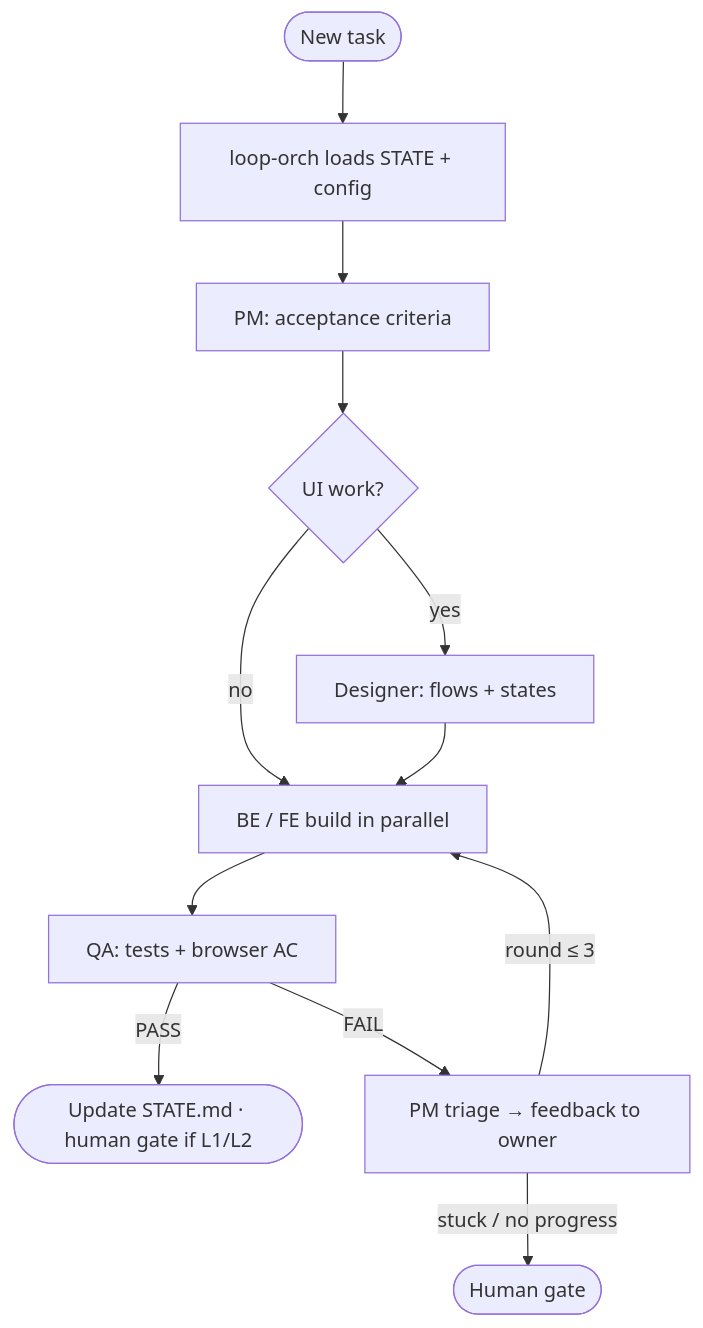
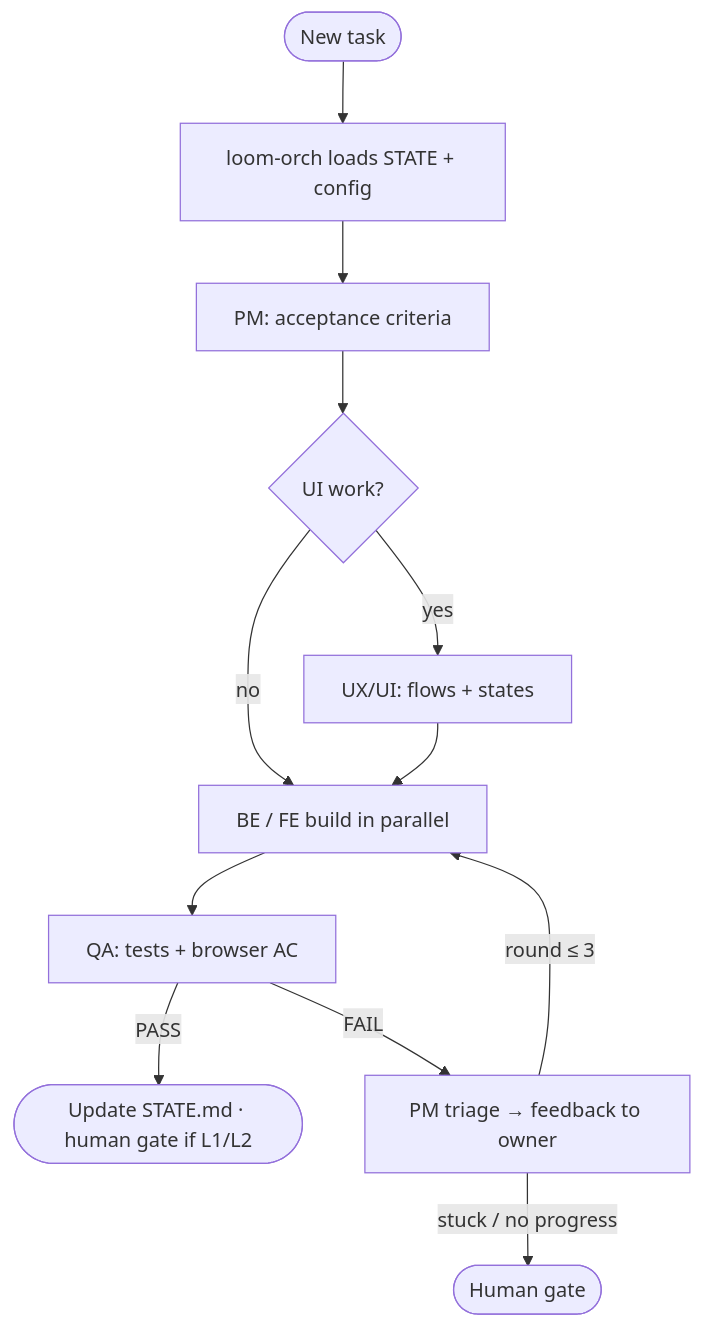
One commit to sukritnak/loom changed the second of 3 diagrams in README.md. Above: the diagram before and after it, drawn with Mermaid. The commit also changed other lines of this file and 73 other files, not shown here.

````diff
--- a/README.md
+++ b/README.md
@@ -156,14 +156,14 @@
 ```mermaid
 flowchart TD
-  A([New task]) --> B[loop-orch loads STATE + config]
+  A([New task]) --> B[loom-orch loads STATE + config]
   B --> C[PM: acceptance criteria]
   C --> D{UI work?}
-  D -->|yes| E[Designer: flows + states]
+  D -->|yes| E[UX/UI: flows + states]
   D -->|no| F
   E --> F[BE / FE build in parallel]
   F --> G[QA: tests + browser AC]
   G -->|PASS| H([Update STATE.md · human gate if L1/L2])
   G -->|FAIL| I[PM triage → feedback to owner]
   I -->|round ≤ 3| F
   I -->|stuck / no progress| J([Human gate])
 ```
````
